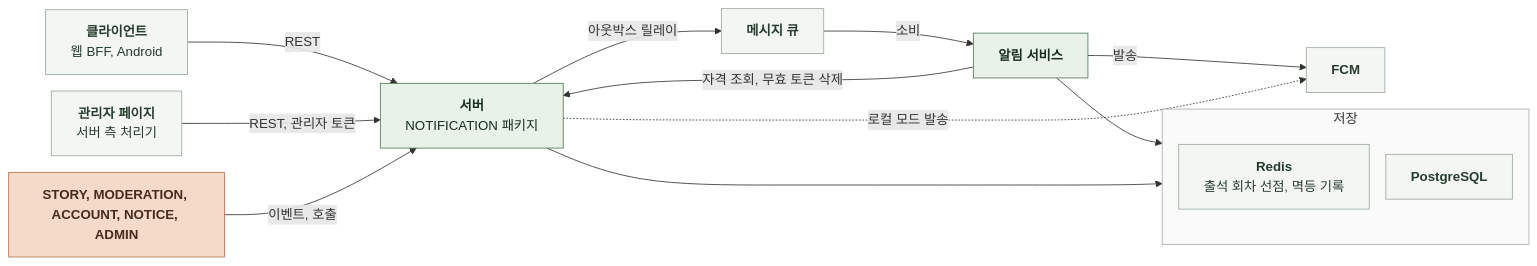
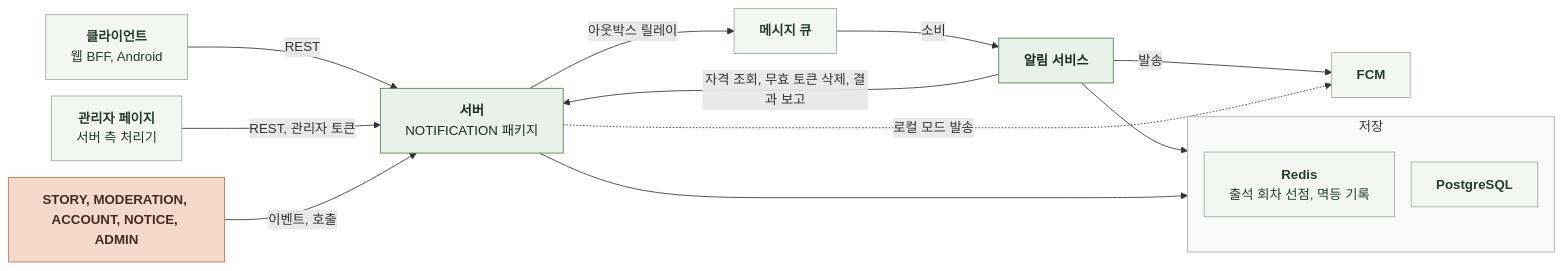
One commit to KIM-N-KANG/knk-harness changed the diagram in docs/domain/NOTIFICATION/BACKEND/3-1-SOFTWARE-ARCHITECTURE.md. Above: the diagram before and after it, drawn with Mermaid. The commit also changed other lines of this file and 16 other files, not shown here.

````diff
--- a/docs/domain/NOTIFICATION/BACKEND/3-1-SOFTWARE-ARCHITECTURE.md
+++ b/docs/domain/NOTIFICATION/BACKEND/3-1-SOFTWARE-ARCHITECTURE.md
@@ -22,30 +22,30 @@
 ```mermaid
 %%{init: {"flowchart": {"curve": "basis", "nodeSpacing": 20, "rankSpacing": 60}}}%%
 flowchart LR
     C["`**클라이언트**
 웹 BFF, Android`"] -->|REST| S["`**서버**
 NOTIFICATION 패키지`"]
     AP["`**관리자 페이지**
 서버 측 처리기`"] -->|REST, 관리자 토큰| S
     O["`**STORY, MODERATION, ACCOUNT, NOTICE, ADMIN**`"] -->|이벤트, 호출| S
     S -->|아웃박스 릴레이| Q["`**메시지 큐**`"]
     Q -->|소비| N["`**알림 서비스**`"]
-    N -->|자격 조회, 무효 토큰 삭제| S
+    N -->|자격 조회, 무효 토큰 삭제, 결과 보고| S
     N -->|발송| F["`**FCM**`"]
     S -.->|로컬 모드 발송| F
     S --> ST
     N --> R
     subgraph ST["저장"]
         direction TB
         DB["`**PostgreSQL**`"]
         R["`**Redis**
 출석 회차 선점, 멱등 기록`"]
     end
     classDef ext fill:#F4F6F4,stroke:#9BA99E,color:#253C2C
     classDef comp fill:#E8F2E8,stroke:#527A59,color:#182D1D
     classDef task fill:#F5D9C9,stroke:#B97450,color:#452B1D
     class C,AP,Q,F,DB,R ext
     class S,N comp
     class O task
     style ST fill:#FAFAFA,stroke:#AAAAAA
 ```
````
